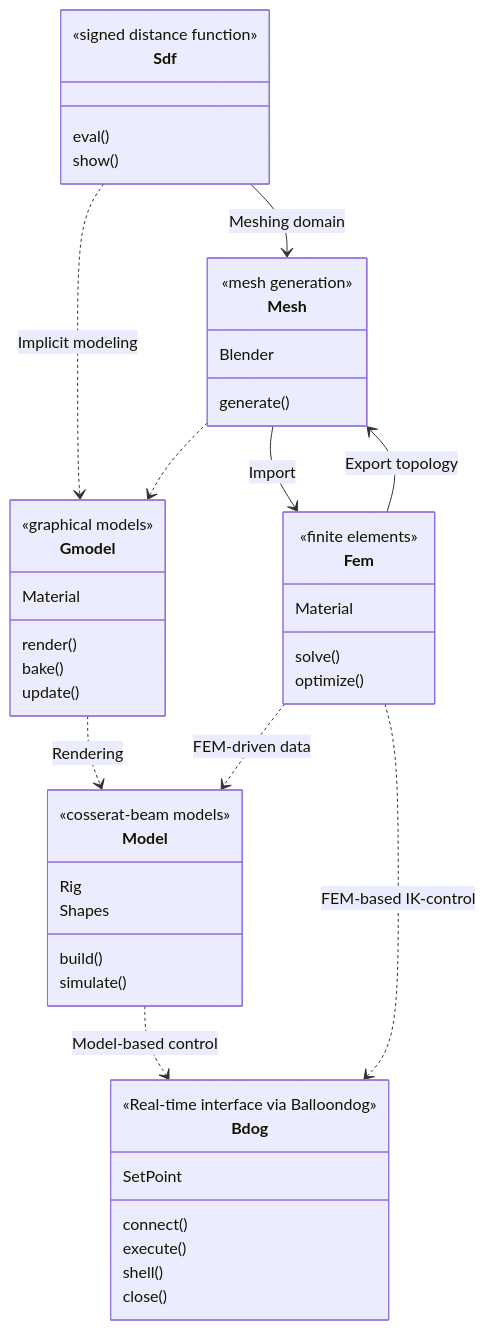
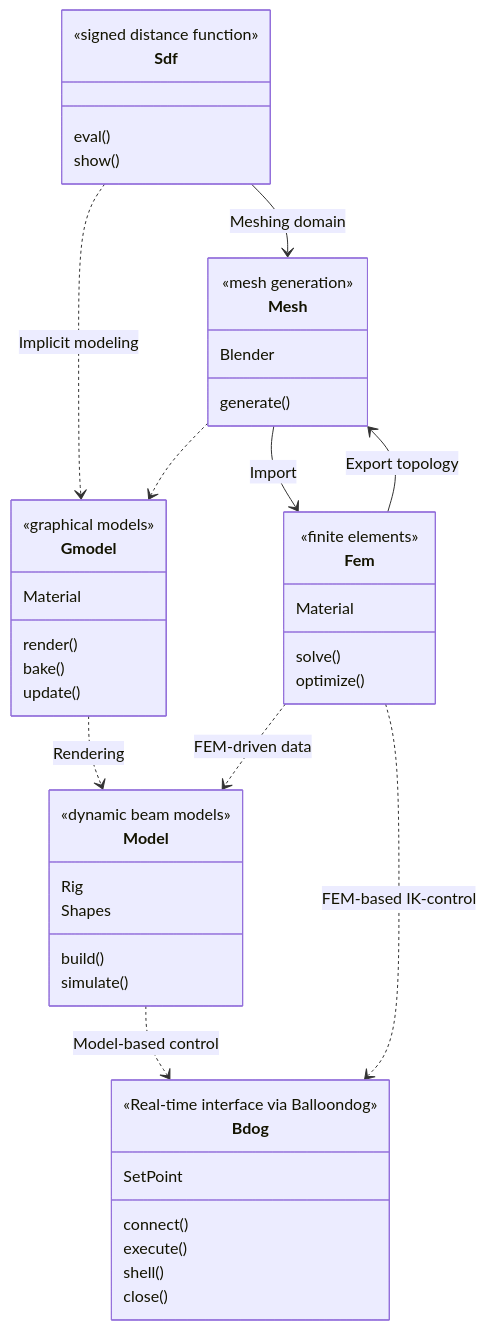
One commit to BJCaasenbrood/SorotokiCode changed the diagram in docs/documentation/introduction.md. Above: the diagram before and after it, drawn with Mermaid. The commit also changed other lines of this file and 7 other files, not shown here.

Commit message:
updated config.yml  - Added mermaid support

````diff
--- a/docs/documentation/introduction.md
+++ b/docs/documentation/introduction.md
@@ -14,59 +14,59 @@
 ```mermaid!
 classDiagram
 class Sdf {
 	<<signed distance function>>
 	eval()
   	show()
 }
 
 class Mesh {
 	<<mesh generation>>
 	Blender
   	generate()
 }
 
 class Gmodel {
 	<<graphical models>>
 	Material
   	render()
   	bake()
   	update()
 }
 
 class Fem {
 	<<finite elements>>
 	Material
   	solve()
   	optimize()
 }
 
 class Model {
-	<<cosserat-beam models>>
+	<<dynamic beam models>>
 	Rig
 	Shapes
   	build()
   	simulate()
 }
 
 
 class Bdog {
 	<<Real-time interface via Balloondog>>
 	SetPoint
   	connect()
  	execute()
   	shell()
   	close()
 }
 
 Sdf --> Mesh : Meshing domain
 Sdf ..> Gmodel : Implicit modeling
 Mesh ..> Gmodel
 Gmodel ..> Model : Rendering
 
 Mesh --> Fem : Import
 Fem --> Mesh  : Export topology
 Fem ..> Model : FEM-driven data
 Model ..> Bdog : Model-based control
 Fem ..> Bdog : FEM-based IK-control
 
-```
+``` 
````
